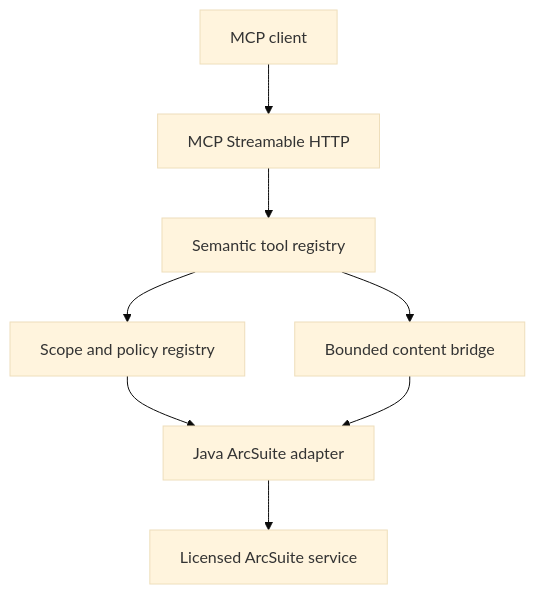
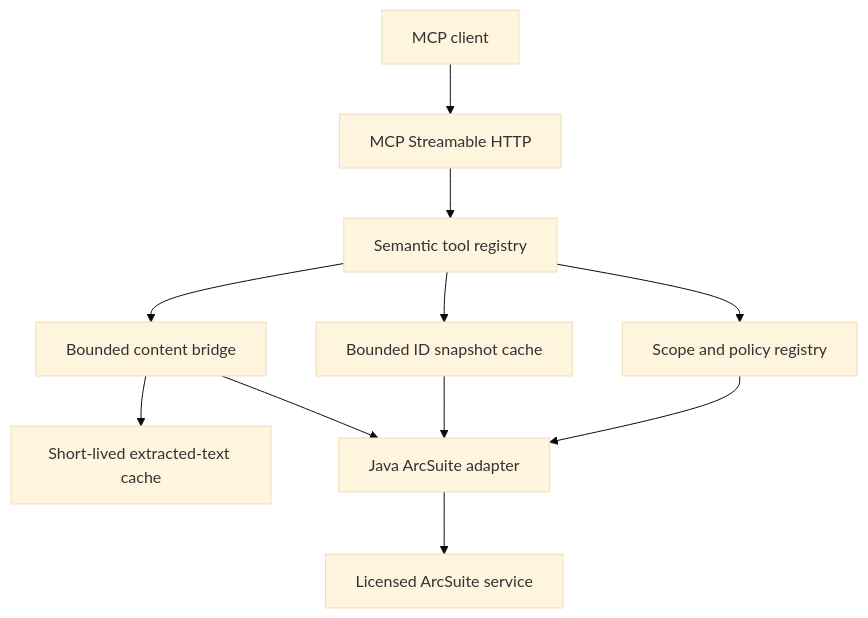
The diagram in README.md (tyonishi/arcsuite-mcp), drawn with Mermaid (base theme) before and after one commit. The commit also changed other lines of this file and 38 other files, not shown here.

````diff
--- a/README.md
+++ b/README.md
@@ -30,10 +38,13 @@
 ```mermaid
 flowchart TD
     Client["MCP client"] --> MCP["MCP Streamable HTTP"]
     MCP --> Semantic["Semantic tool registry"]
     Semantic --> Scope["Scope and policy registry"]
+    Semantic --> Paging["Bounded ID snapshot cache"]
     Semantic --> Bridge["Bounded content bridge"]
+    Bridge --> Cache["Short-lived extracted-text cache"]
     Scope --> Adapter["Java ArcSuite adapter"]
+    Paging --> Adapter
     Bridge --> Adapter
     Adapter --> ArcSuite["Licensed ArcSuite service"]
 ```
````
